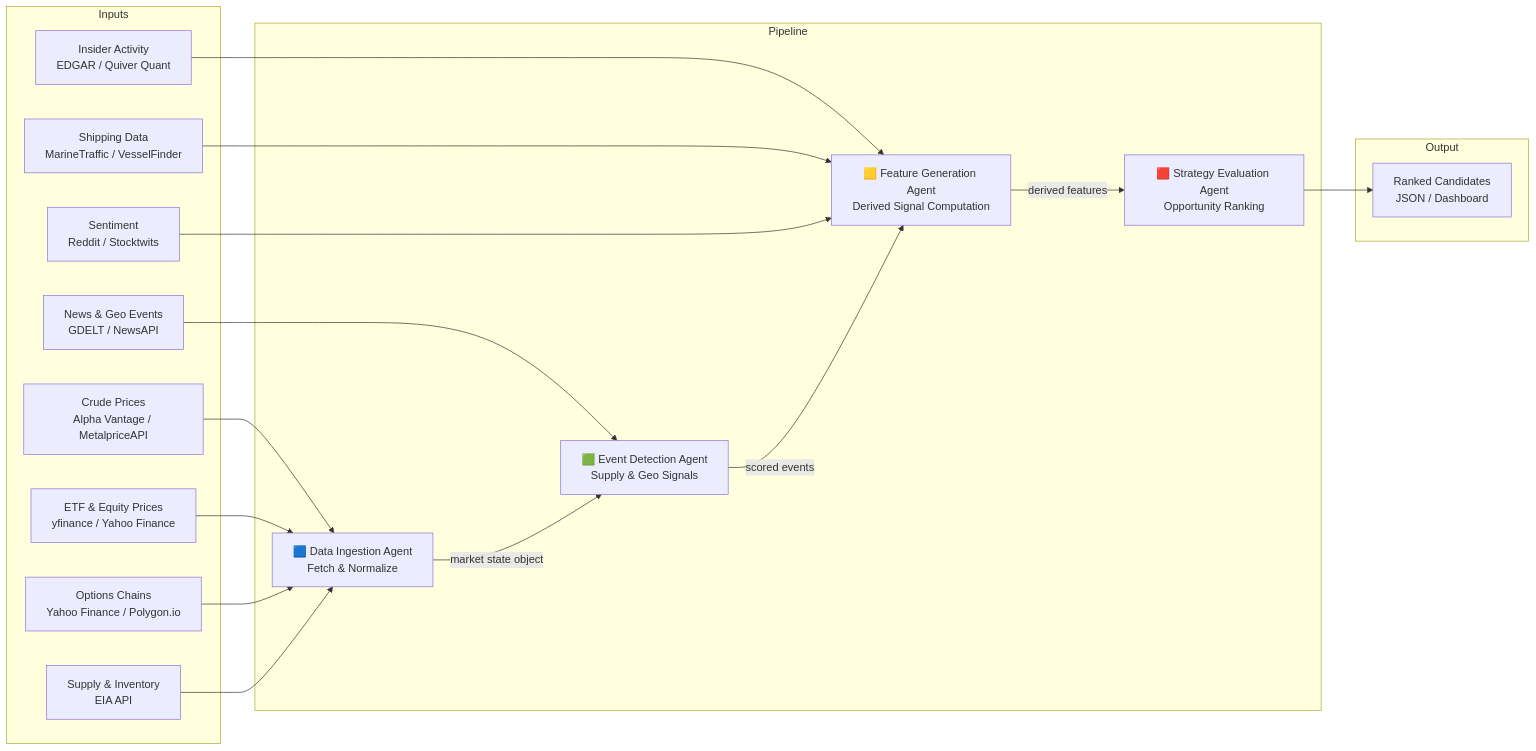
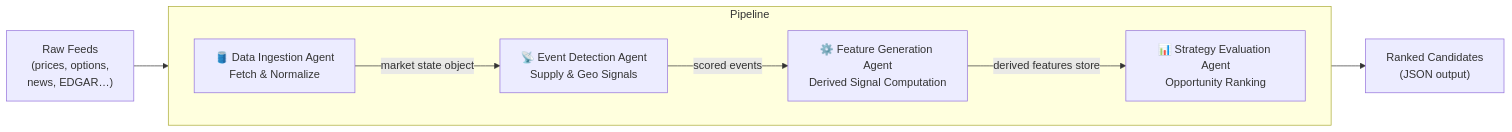
Before and after one commit to jeisenback/golden_boy_peanuts: the first of 2 diagrams in docs/generated/user_guide_full-pipeline.md, drawn with Mermaid. The commit also changed other lines of this file, not shown here.

````diff
--- a/docs/generated/user_guide_full-pipeline.md
+++ b/docs/generated/user_guide_full-pipeline.md
@@ -27,32 +25,19 @@
 ```mermaid
 flowchart LR
-    subgraph Inputs
-        A1[Crude Prices\nAlpha Vantage / MetalpriceAPI]
-        A2[ETF & Equity Prices\nyfinance / Yahoo Finance]
-        A3[Options Chains\nYahoo Finance / Polygon.io]
-        A4[Supply & Inventory\nEIA API]
-        A5[News & Geo Events\nGDELT / NewsAPI]
-        A6[Insider Activity\nEDGAR / Quiver Quant]
-        A7[Shipping Data\nMarineTraffic / VesselFinder]
-        A8[Sentiment\nReddit / Stocktwits]
+    subgraph Pipeline
+        direction LR
+        A["🛢️ Data Ingestion Agent\nFetch & Normalize"]
+        B["📡 Event Detection Agent\nSupply & Geo Signals"]
+        C["⚙️ Feature Generation Agent\nDerived Signal Computation"]
+        D["📊 Strategy Evaluation Agent\nOpportunity Ranking"]
     end
 
-    subgraph Pipeline
-        B1["🟦 Data Ingestion Agent\nFetch & Normalize"]
-        B2["🟩 Event Detection Agent\nSupply & Geo Signals"]
-        B3["🟨 Feature Generation Agent\nDerived Signal Computation"]
-        B4["🟥 Strategy Evaluation Agent\nOpportunity Ranking"]
-    end
+    RAW["Raw Feeds\n(prices, options,\nnews, EDGAR…)"]
+    OUT["Ranked Candidates\n(JSON output)"]
 
-    subgraph Output
-        C1[Ranked Candidates\nJSON / Dashboard]
-    end
-
-    A1 & A2 & A3 & A4 --> B1
-    A5 --> B2
-    A6 & A7 & A8 --> B3
-    B1 -->|market state object| B2
-    B2 -->|scored events| B3
-    B3 -->|derived features| B4
-    B4 --> C1
+    RAW --> A
+    A -->|market state object| B
+    B -->|scored events| C
+    C -->|derived features store| D
+    D --> OUT
 ```
````
